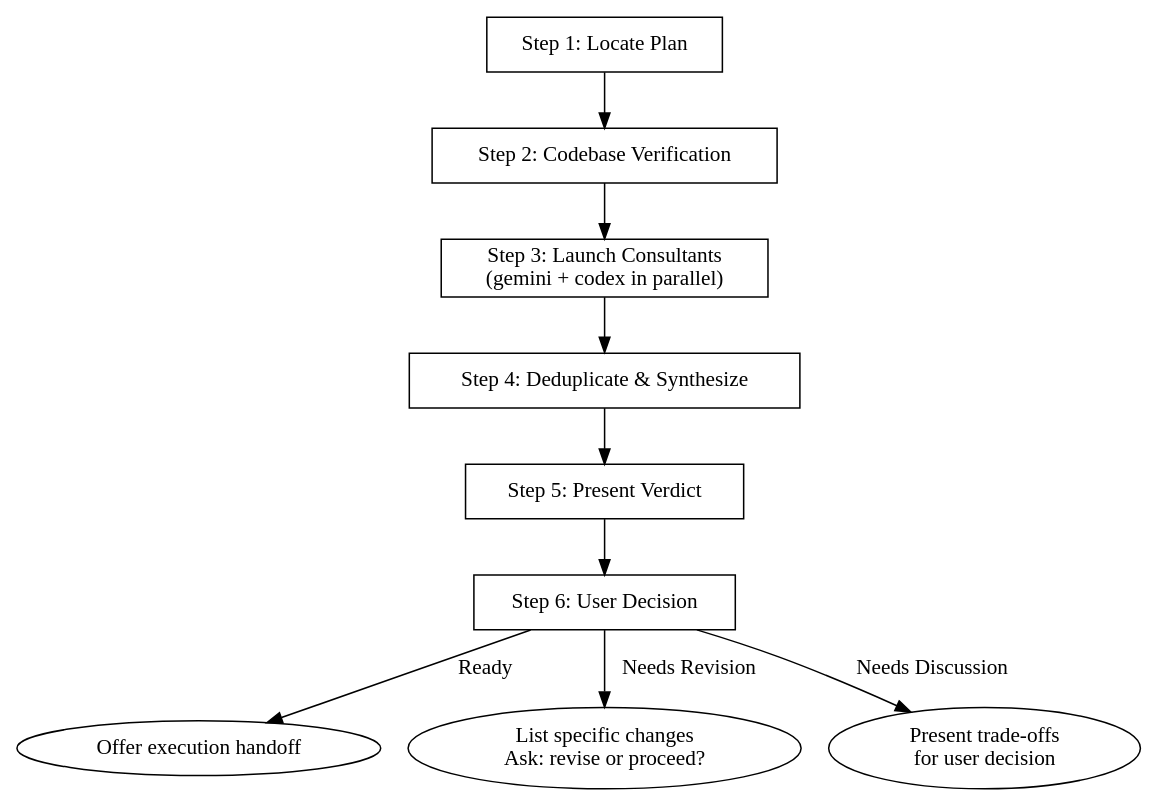
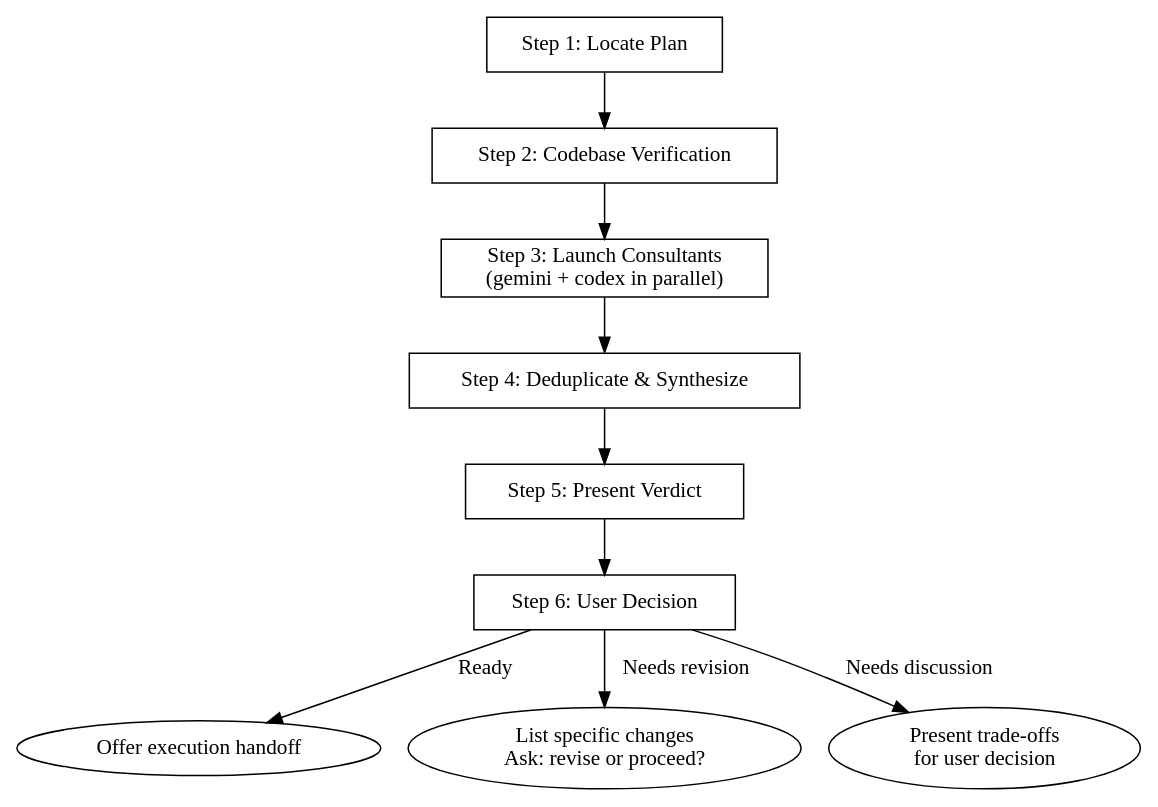
Before and after one commit to rube-de/cc-skills: the diagram in plugins/council/skills/review-plan/SKILL.md, drawn with Graphviz. The commit also changed other lines of this file, not shown here.

````diff
--- a/plugins/council/skills/review-plan/SKILL.md
+++ b/plugins/council/skills/review-plan/SKILL.md
@@ -18,23 +18,23 @@
 ```dot
 digraph review_plan {
   rankdir=TB;
   node [shape=box];
 
   locate [label="Step 1: Locate Plan"];
   verify [label="Step 2: Codebase Verification"];
   launch [label="Step 3: Launch Consultants\n(gemini + codex in parallel)"];
   synthesize [label="Step 4: Deduplicate & Synthesize"];
   present [label="Step 5: Present Verdict"];
   decide [label="Step 6: User Decision"];
 
   locate -> verify -> launch -> synthesize -> present -> decide;
 
   decide -> execute [label="Ready"];
-  decide -> revise [label="Needs Revision"];
-  decide -> discuss [label="Needs Discussion"];
+  decide -> revise [label="Needs revision"];
+  decide -> discuss [label="Needs discussion"];
 
   execute [label="Offer execution handoff" shape=ellipse];
   revise [label="List specific changes\nAsk: revise or proceed?" shape=ellipse];
   discuss [label="Present trade-offs\nfor user decision" shape=ellipse];
 }
 ```
````
